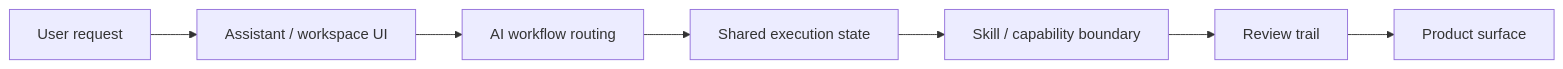
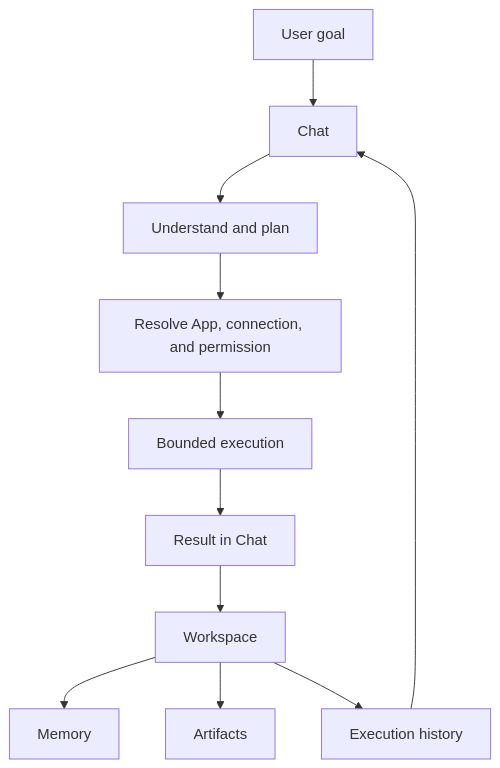
Before and after one commit to 0xChrisSKR/trace-ai-platform-showcase: the diagram in assets/diagrams/architecture.mmd, drawn with Mermaid. The commit also changed 41 other files, not shown here.

```diff
--- a/assets/diagrams/architecture.mmd
+++ b/assets/diagrams/architecture.mmd
@@ -1,7 +1,11 @@
-flowchart LR
-  User["User request"] --> Workspace["Assistant / workspace UI"]
-  Workspace --> Router["AI workflow routing"]
-  Router --> State["Shared execution state"]
-  State --> Skills["Skill / capability boundary"]
-  Skills --> Review["Review trail"]
-  Review --> Product["Product surface"]
+flowchart TB
+  Goal["User goal"] --> Chat["Chat"]
+  Chat --> Plan["Understand and plan"]
+  Plan --> Resolve["Resolve App, connection, and permission"]
+  Resolve --> Execute["Bounded execution"]
+  Execute --> Result["Result in Chat"]
+  Result --> Workspace["Workspace"]
+  Workspace --> Memory["Memory"]
+  Workspace --> Artifacts["Artifacts"]
+  Workspace --> History["Execution history"]
+  History --> Chat
```
